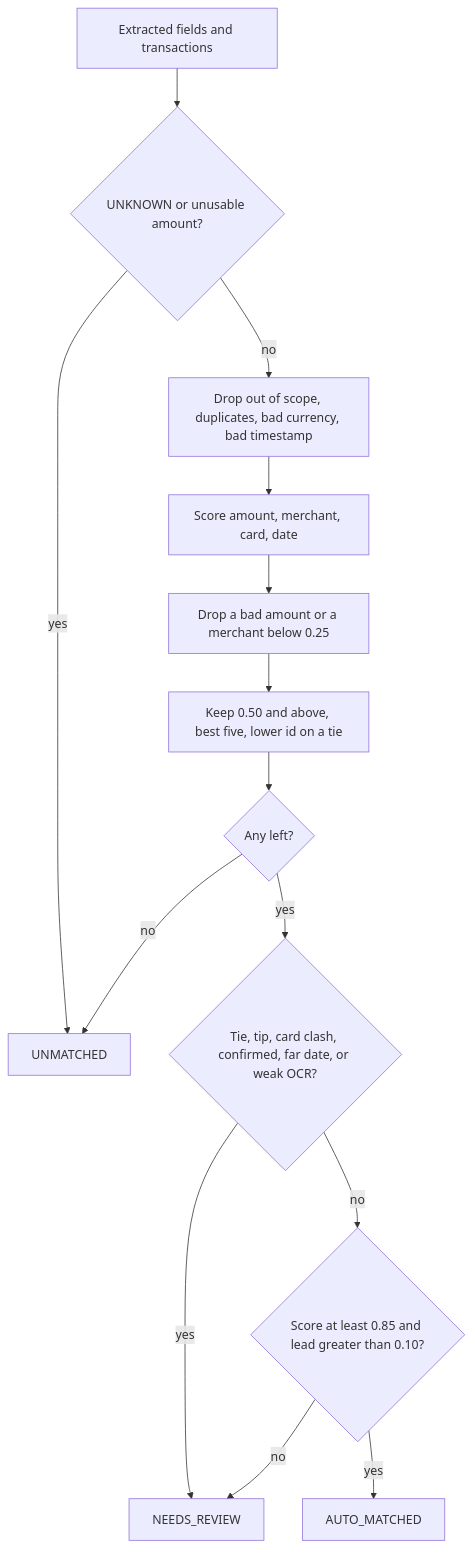
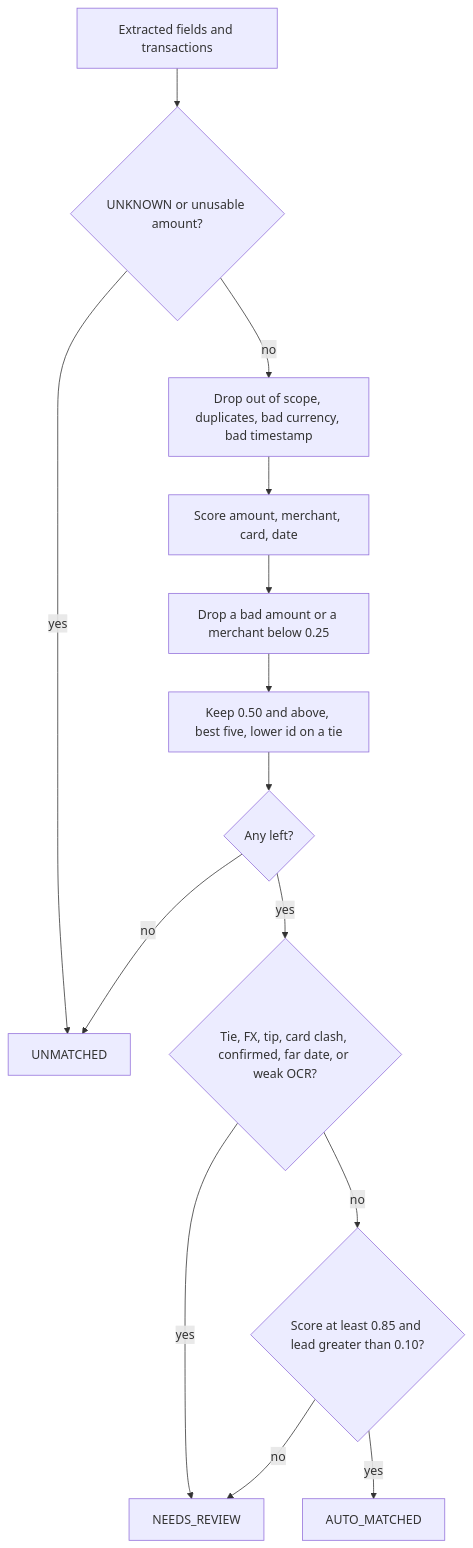
Before and after one commit to Brijesh-Pandey/darbpay-takehome: the first of 5 diagrams in IMPLEMENTATION.md, drawn with Mermaid. The commit also changed other lines of this file and 77 other files, not shown here.

````diff
--- a/IMPLEMENTATION.md
+++ b/IMPLEMENTATION.md
@@ -101,16 +101,16 @@
 ```mermaid
 flowchart TD
   start[Extracted fields and transactions] --> garbage{UNKNOWN or unusable amount?}
   garbage -->|yes| unmatched[UNMATCHED]
   garbage -->|no| filter[Drop out of scope, duplicates, bad currency, bad timestamp]
   filter --> score[Score amount, merchant, card, date]
   score --> drop[Drop a bad amount or a merchant below 0.25]
   drop --> rank[Keep 0.50 and above, best five, lower id on a tie]
   rank --> empty{Any left?}
   empty -->|no| unmatched
-  empty -->|yes| review{Tie, tip, card clash, confirmed, far date, or weak OCR?}
+  empty -->|yes| review{Tie, FX, tip, card clash, confirmed, far date, or weak OCR?}
   review -->|yes| needs[NEEDS_REVIEW]
   review -->|no| high{Score at least 0.85 and lead greater than 0.10?}
   high -->|yes| auto[AUTO_MATCHED]
   high -->|no| needs
 ```
````
